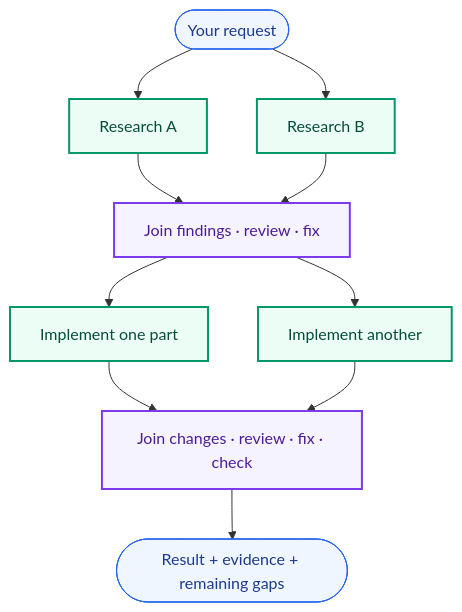
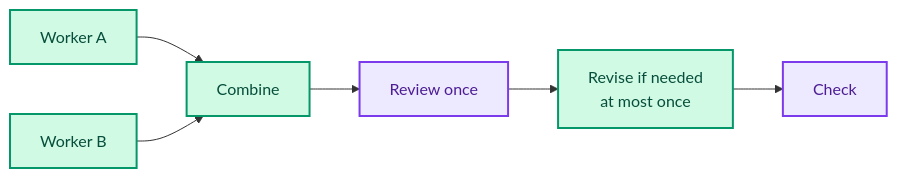
Before and after one commit to DanMcInerney/orchflows: the third of 4 diagrams in README.md, drawn with Mermaid. The commit also changed other lines of this file, not shown here.

````diff
--- a/README.md
+++ b/README.md
@@ -27,14 +100,9 @@
 ```mermaid
-flowchart TB
-    T([Your request]) --> A[Research A] & B[Research B]
-    A & B --> R["Join findings · review · fix"]
-    R --> C[Implement one part] & D[Implement another]
-    C & D --> F["Join changes · review · fix · check"]
-    F --> O([Result + evidence + remaining gaps])
-    classDef work fill:#ecfdf5,stroke:#059669,color:#064e3b,stroke-width:2px;
-    classDef review fill:#f5f3ff,stroke:#7c3aed,color:#4c1d95,stroke-width:2px;
-    classDef outcome fill:#eff6ff,stroke:#2563eb,color:#1e3a8a;
-    class A,B,C,D work;
-    class R,F review;
-    class T,O outcome;
+flowchart LR
+    A[Worker A] & B[Worker B] --> J[Combine]
+    J --> R[Review once] --> F["Revise if needed<br/>at most once"] --> C[Check]
+    classDef work fill:#d1fae5,stroke:#059669,color:#064e3b,stroke-width:2px;
+    classDef review fill:#ede9fe,stroke:#7c3aed,color:#4c1d95,stroke-width:2px;
+    class A,B,J,F work;
+    class R,C review;
 ```
````
